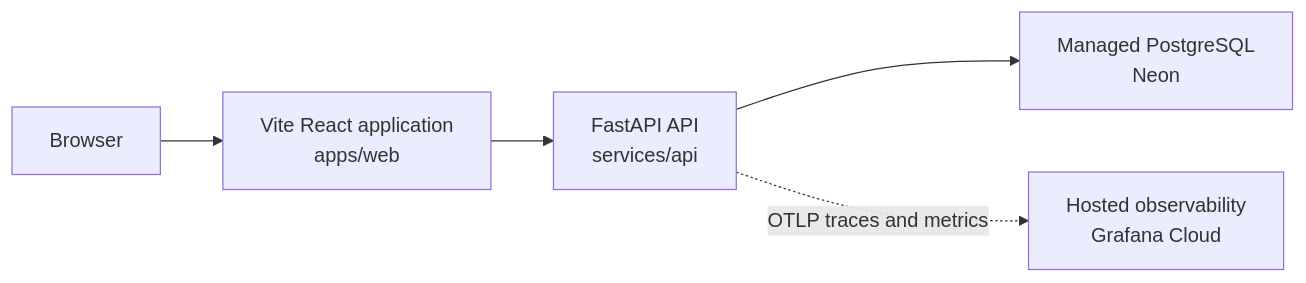
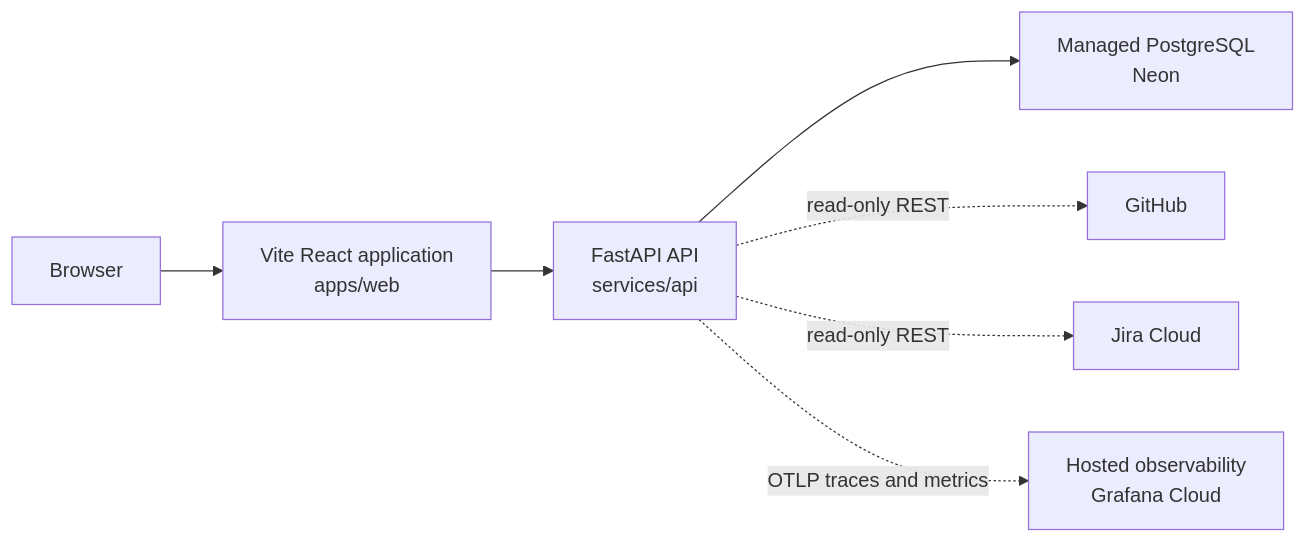
One commit to banalasaisathwik/promptql changed the diagram in docs/ARCHITECTURE.md. Above: the diagram before and after it, drawn with Mermaid. The commit also changed other lines of this file and 33 other files, not shown here.

Commit message:
feat(connectors): add real Jira Cloud API connector

````diff
--- a/docs/ARCHITECTURE.md
+++ b/docs/ARCHITECTURE.md
@@ -5,7 +5,9 @@
 ```mermaid
 flowchart LR
     Browser --> Web["Vite React application<br/>apps/web"]
     Web --> API["FastAPI API<br/>services/api"]
     API --> PostgreSQL["Managed PostgreSQL<br/>Neon"]
+    API -. "read-only REST" .-> GitHub["GitHub"]
+    API -. "read-only REST" .-> Jira["Jira Cloud"]
     API -. "OTLP traces and metrics" .-> Observability["Hosted observability<br/>Grafana Cloud"]
 ```
````
